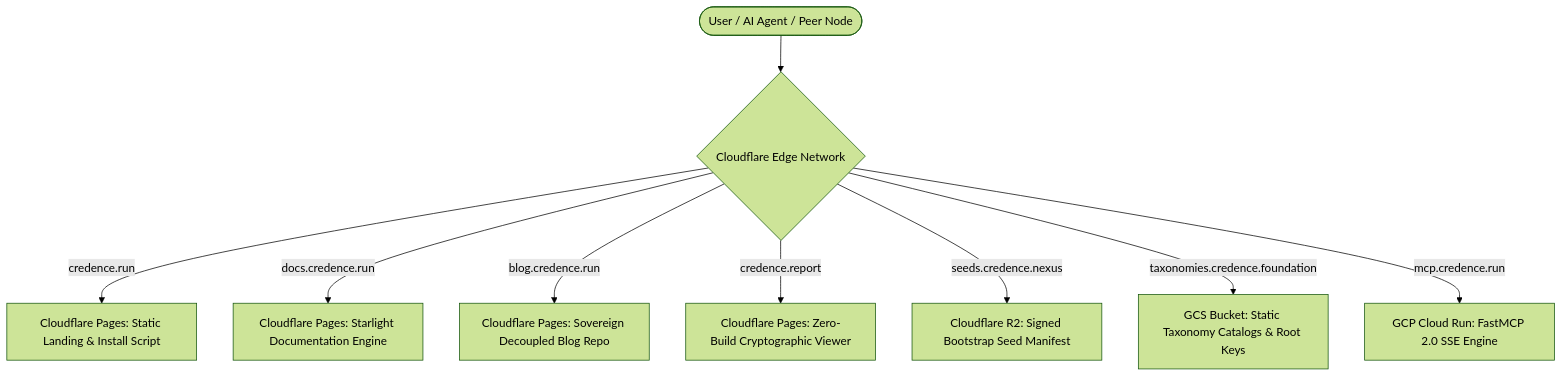
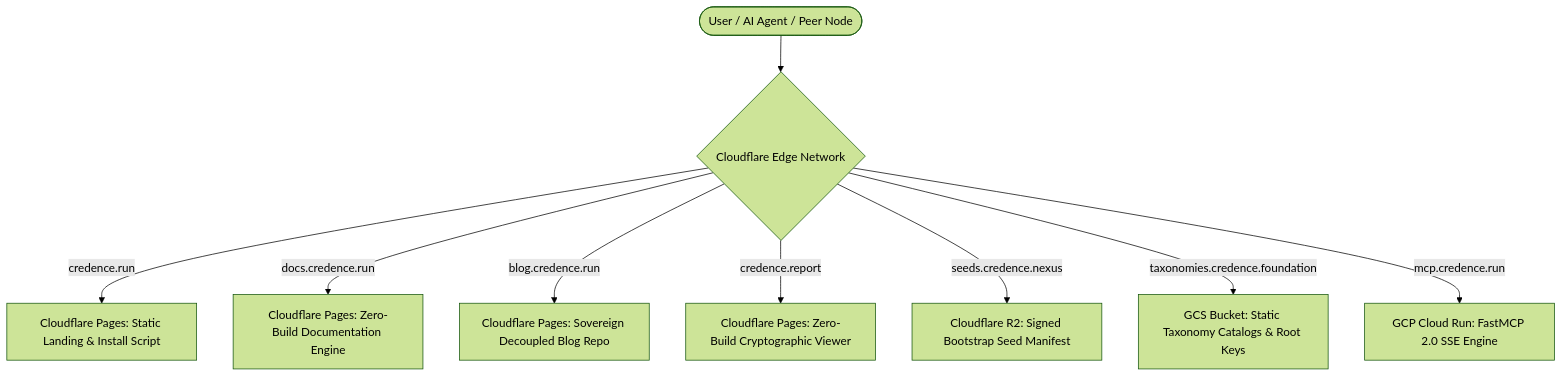
The diagram in docs/operator-guide.md (artibyrd/credence-docs), drawn with Mermaid (forest theme) before and after one commit. The commit also changed other lines of this file and 33 other files, not shown here.

````diff
--- a/docs/operator-guide.md
+++ b/docs/operator-guide.md
@@ -30,12 +30,12 @@
 ```mermaid
 graph TD
     User([User / AI Agent / Peer Node]) --> CF{Cloudflare Edge Network}
     
     CF -->|credence.run| Pages1[Cloudflare Pages: Static Landing & Install Script]
-    CF -->|docs.credence.run| Pages2[Cloudflare Pages: Starlight Documentation Engine]
+    CF -->|docs.credence.run| Pages2[Cloudflare Pages: Zero-Build Documentation Engine]
     CF -->|blog.credence.run| Pages3[Cloudflare Pages: Sovereign Decoupled Blog Repo]
     CF -->|credence.report| Pages4[Cloudflare Pages: Zero-Build Cryptographic Viewer]
     CF -->|seeds.credence.nexus| R2[Cloudflare R2: Signed Bootstrap Seed Manifest]
     CF -->|taxonomies.credence.foundation| GCS[GCS Bucket: Static Taxonomy Catalogs & Root Keys]
     CF -->|mcp.credence.run| CR[GCP Cloud Run: FastMCP 2.0 SSE Engine]
 ```
````
